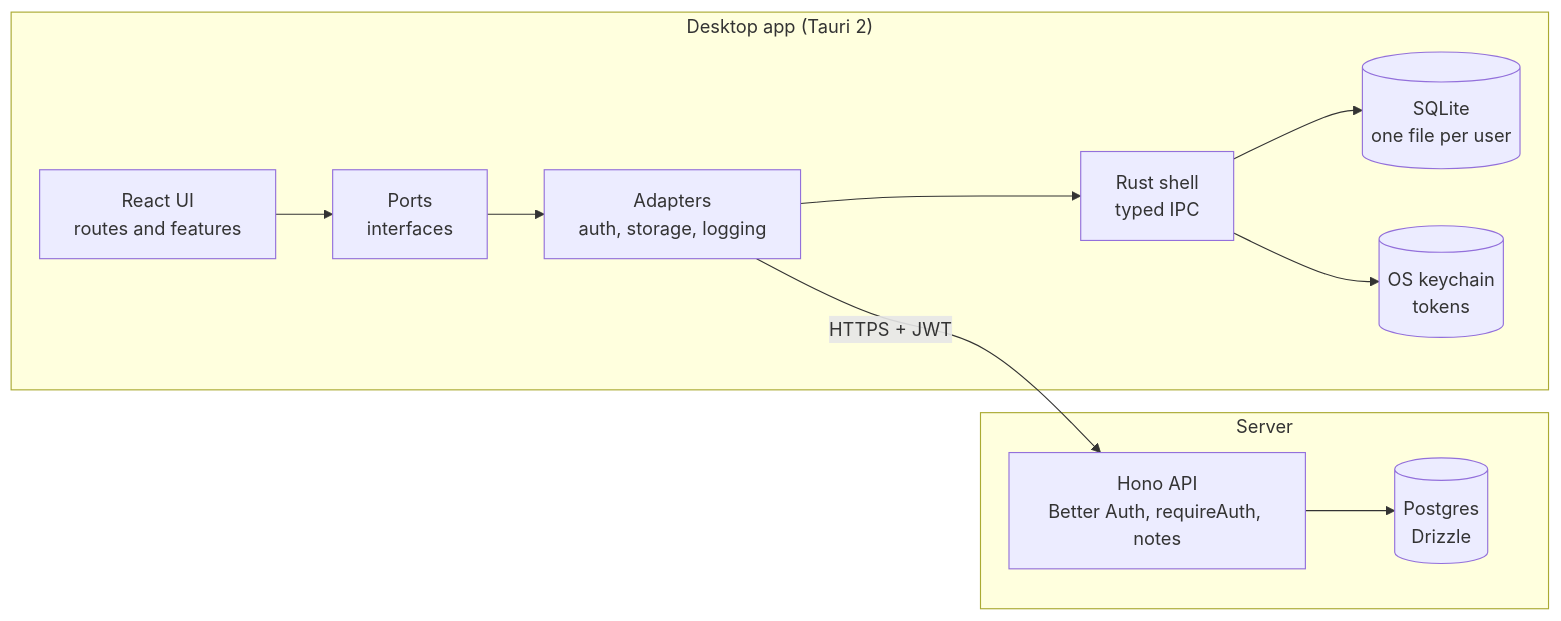
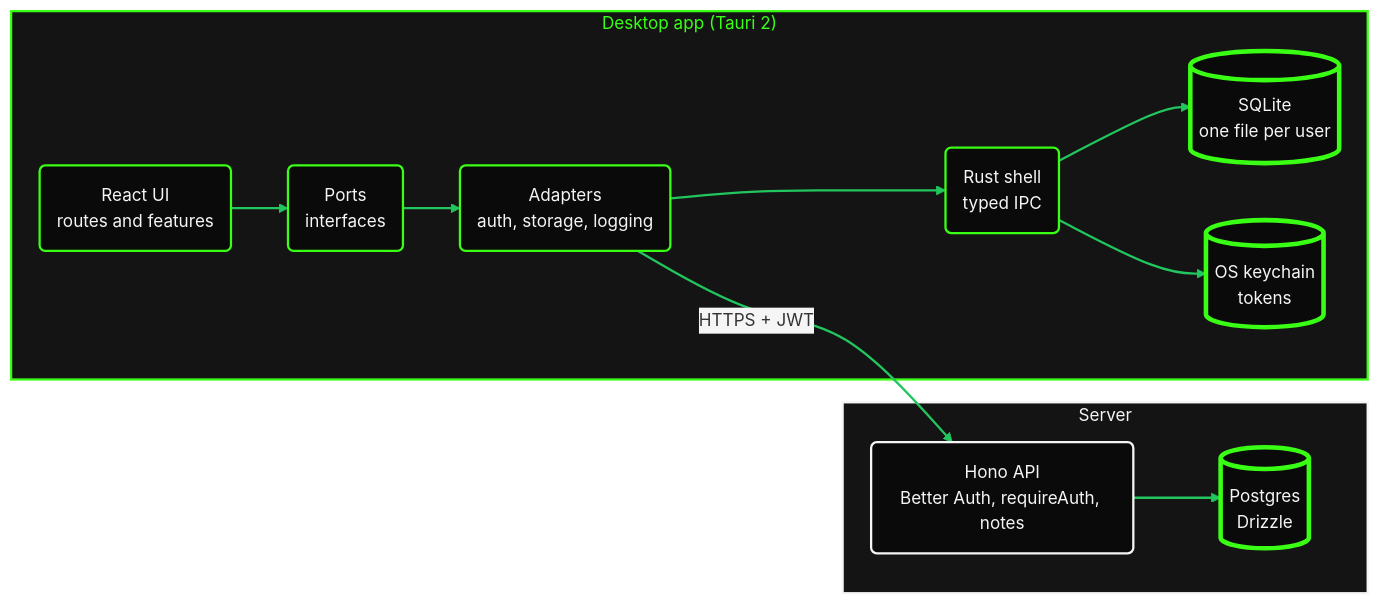
Before and after one commit to PriyeshPandey2000/tauri-saas-starter: the diagram in README.md, drawn with Mermaid.

Commit message:
docs: style the architecture diagram
Dark nodes with neon outlines, thick-bordered data stores and a readable
edge label; checked on light and dark backgrounds.

````diff
--- a/README.md
+++ b/README.md
@@ -68,14 +68,25 @@
 ```mermaid
+%%{init: {'theme':'base','themeVariables':{'fontSize':'15px','lineColor':'#22c55e','edgeLabelBackground':'#f5f5f5'}}}%%
 flowchart LR
   subgraph Desktop["Desktop app (Tauri 2)"]
-    UI["React UI<br/>routes and features"] --> Ports["Ports<br/>interfaces"]
-    Ports --> Adapters["Adapters<br/>auth, storage, logging"]
-    Adapters --> Rust["Rust shell<br/>typed IPC"]
+    UI("React UI<br/>routes and features") --> Ports("Ports<br/>interfaces")
+    Ports --> Adapters("Adapters<br/>auth, storage, logging")
+    Adapters --> Rust("Rust shell<br/>typed IPC")
     Rust --> SQLite[("SQLite<br/>one file per user")]
     Rust --> Keychain[("OS keychain<br/>tokens")]
   end
   Adapters -- "HTTPS + JWT" --> API
   subgraph Server["Server"]
-    API["Hono API<br/>Better Auth, requireAuth, notes"] --> PG[("Postgres<br/>Drizzle")]
+    API("Hono API<br/>Better Auth, requireAuth, notes") --> PG[("Postgres<br/>Drizzle")]
   end
+
+  classDef app fill:#0a0a0a,stroke:#39ff14,stroke-width:2px,color:#f5f5f5
+  classDef server fill:#0a0a0a,stroke:#f5f5f5,stroke-width:2px,color:#f5f5f5
+  classDef store fill:#0a0a0a,stroke:#39ff14,stroke-width:4px,color:#f5f5f5
+  class UI,Ports,Adapters,Rust app
+  class API server
+  class SQLite,Keychain,PG store
+  style Desktop fill:#141414,stroke:#39ff14,stroke-width:2px,color:#39ff14
+  style Server fill:#141414,stroke:#f5f5f5,stroke-width:2px,color:#f5f5f5
+  linkStyle default stroke:#22c55e,stroke-width:2px
 ```
````
